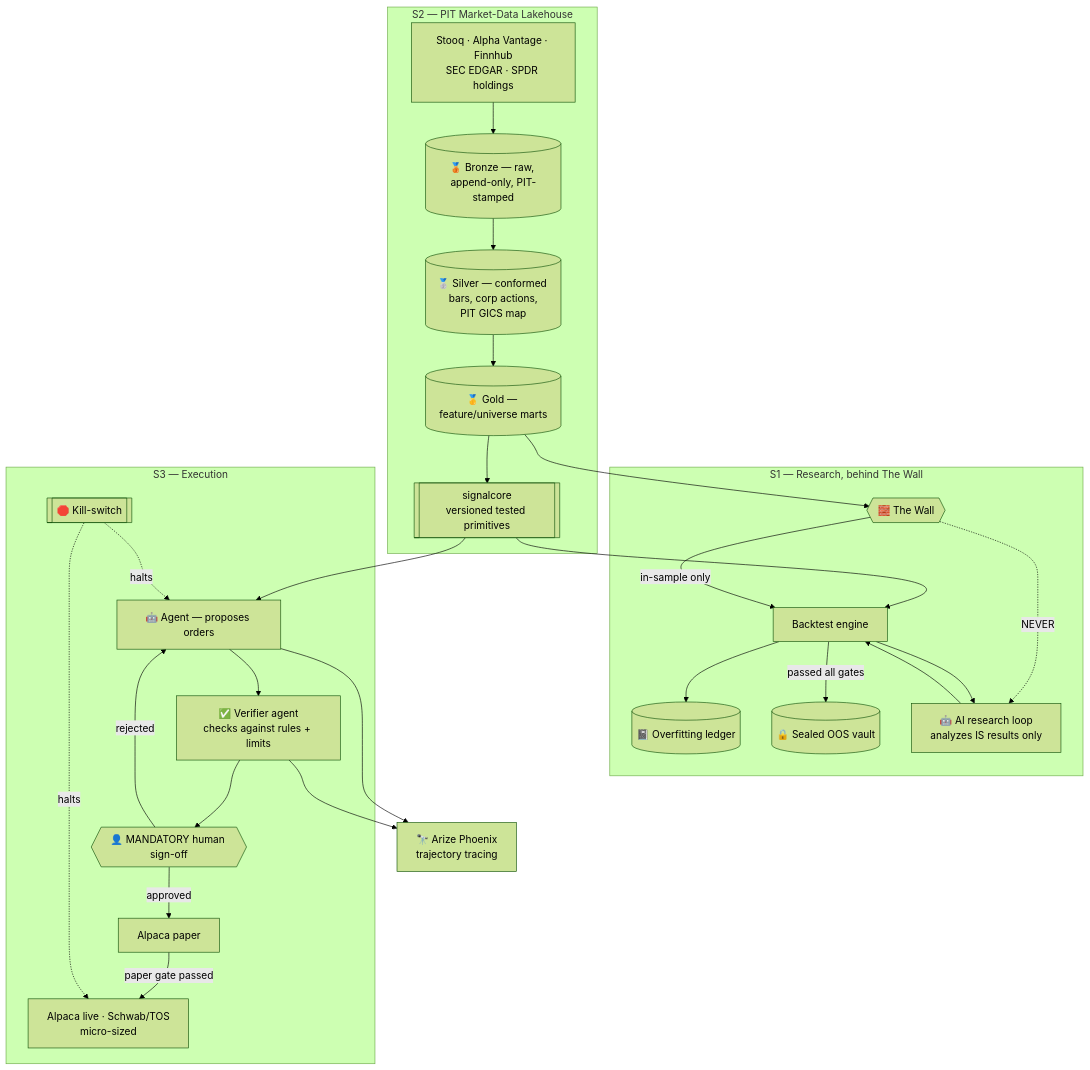
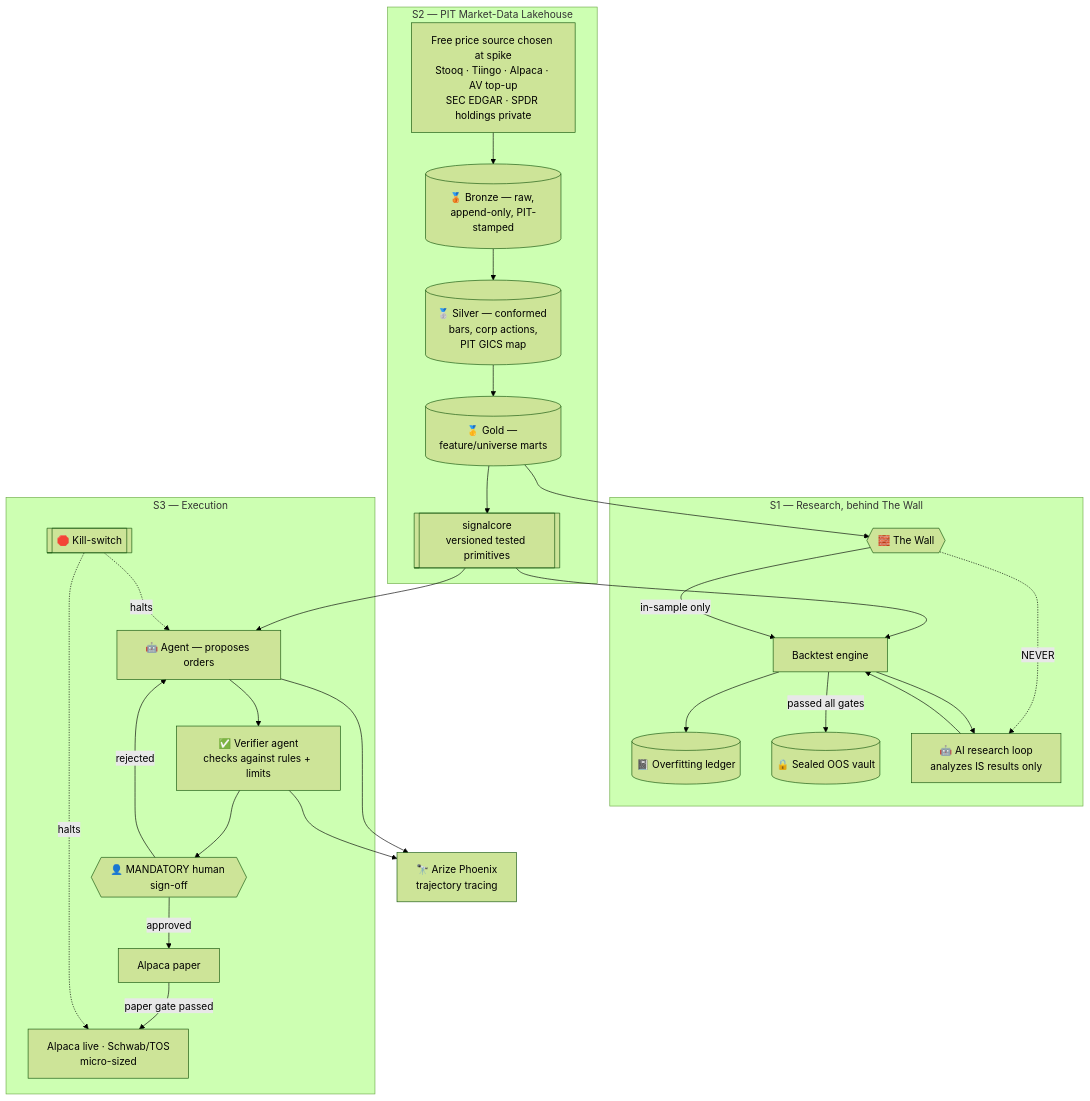
One commit to manuel-reyes-ml/data-portfolio changed the diagram in project_scopes/CRUCIBLE/CRUCIBLE_SCOPE_v1_0_FULL_PRODUCTION.md. Above: the diagram before and after it, drawn with Mermaid (forest theme). The commit also changed other lines of this file, not shown here.

Commit message:
chore: update scope's free price sources.

````diff
--- a/project_scopes/CRUCIBLE/CRUCIBLE_SCOPE_v1_0_FULL_PRODUCTION.md
+++ b/project_scopes/CRUCIBLE/CRUCIBLE_SCOPE_v1_0_FULL_PRODUCTION.md
@@ -125,49 +125,49 @@
 ```mermaid
 flowchart TB
     subgraph DATA[S2 — PIT Market-Data Lakehouse]
-      SRC[Stooq · Alpha Vantage · Finnhub<br/>SEC EDGAR · SPDR holdings]
+      SRC[Free price source chosen at spike<br/>Stooq · Tiingo · Alpaca · AV top-up<br/>SEC EDGAR · SPDR holdings private]
       BR[(🥉 Bronze — raw, append-only, PIT-stamped)]
       SI[(🥈 Silver — conformed bars, corp actions,<br/>PIT GICS map)]
       GO[(🥇 Gold — feature/universe marts)]
       SC[[signalcore<br/>versioned tested primitives]]
     end
 
     subgraph RESEARCH[S1 — Research, behind The Wall]
       W{{🧱 The Wall}}
       BT[Backtest engine]
       LEDGER[(📓 Overfitting ledger)]
       VAULT[(🔒 Sealed OOS vault)]
       LLM[🤖 AI research loop<br/>analyzes IS results only]
     end
 
     subgraph EXEC[S3 — Execution]
       AG[🤖 Agent — proposes orders]
       VER[✅ Verifier agent<br/>checks against rules + limits]
       HITL{{👤 MANDATORY human sign-off}}
       KS[[🛑 Kill-switch]]
       PAPER[Alpaca paper]
       LIVE[Alpaca live · Schwab/TOS<br/>micro-sized]
     end
 
     PHX[🔭 Arize Phoenix<br/>trajectory tracing]
 
     SRC --> BR --> SI --> GO --> SC
     SC --> BT
     GO --> W
     W -->|in-sample only| BT
     W -.->|NEVER| LLM
     BT --> LEDGER
     BT -->|passed all gates| VAULT
     BT --> LLM
     LLM --> BT
 
     SC --> AG
     AG --> VER --> HITL
     HITL -->|approved| PAPER
     PAPER -->|paper gate passed| LIVE
     HITL -->|rejected| AG
     KS -.->|halts| AG
     KS -.->|halts| LIVE
     AG --> PHX
     VER --> PHX
 ```
````
